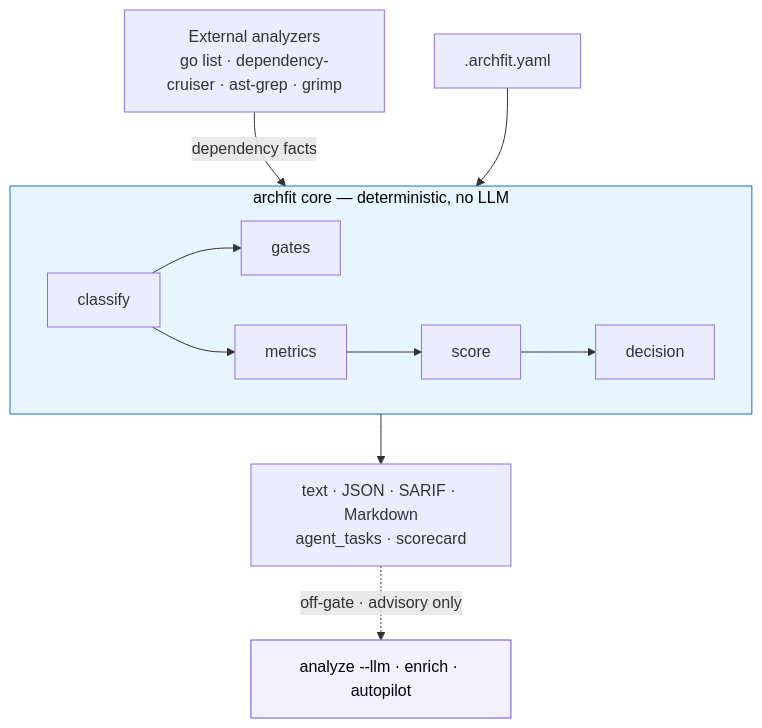
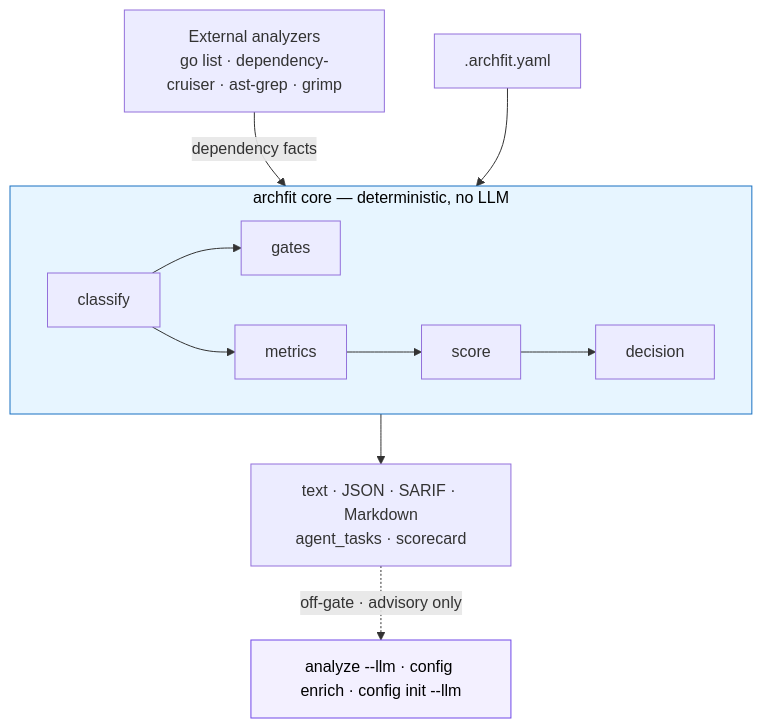
One commit to alexei-led/archfit changed the second of 2 diagrams in README.md. Above: the diagram before and after it, drawn with Mermaid. The commit also changed other lines of this file and 41 other files, not shown here.

````diff
--- a/README.md
+++ b/README.md
@@ -144,17 +144,17 @@
 ```mermaid
 flowchart TB
     tools["External analyzers<br/>go list · dependency-cruiser · ast-grep · grimp"]
     CFG[".archfit.yaml"]
     tools -->|dependency facts| core
     CFG --> core
     subgraph core["archfit core — deterministic, no LLM"]
         direction LR
         CL[classify] --> RU[gates]
         CL --> ME[metrics] --> SC[score] --> DE[decision]
     end
     core --> OUT["text · JSON · SARIF · Markdown<br/>agent_tasks · scorecard"]
-    OUT -. off-gate · advisory only .-> LLM["analyze --llm · enrich · autopilot"]
+    OUT -. off-gate · advisory only .-> LLM["analyze --llm · config enrich · config init --llm"]
     classDef side fill:#f3f0ff,stroke:#7048e8,color:#000;
     class LLM side;
     style core fill:#e7f5ff,stroke:#1971c2,color:#000;
 ```
````
